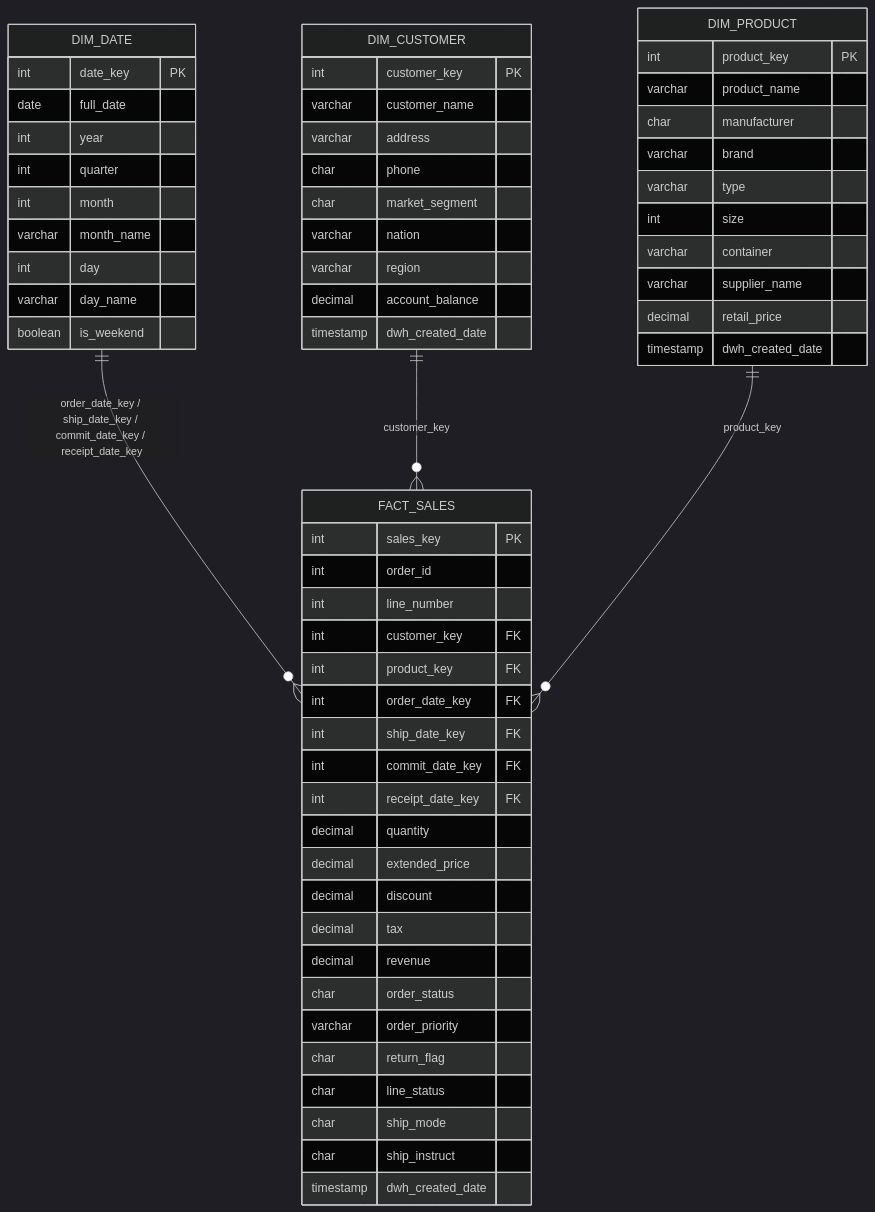
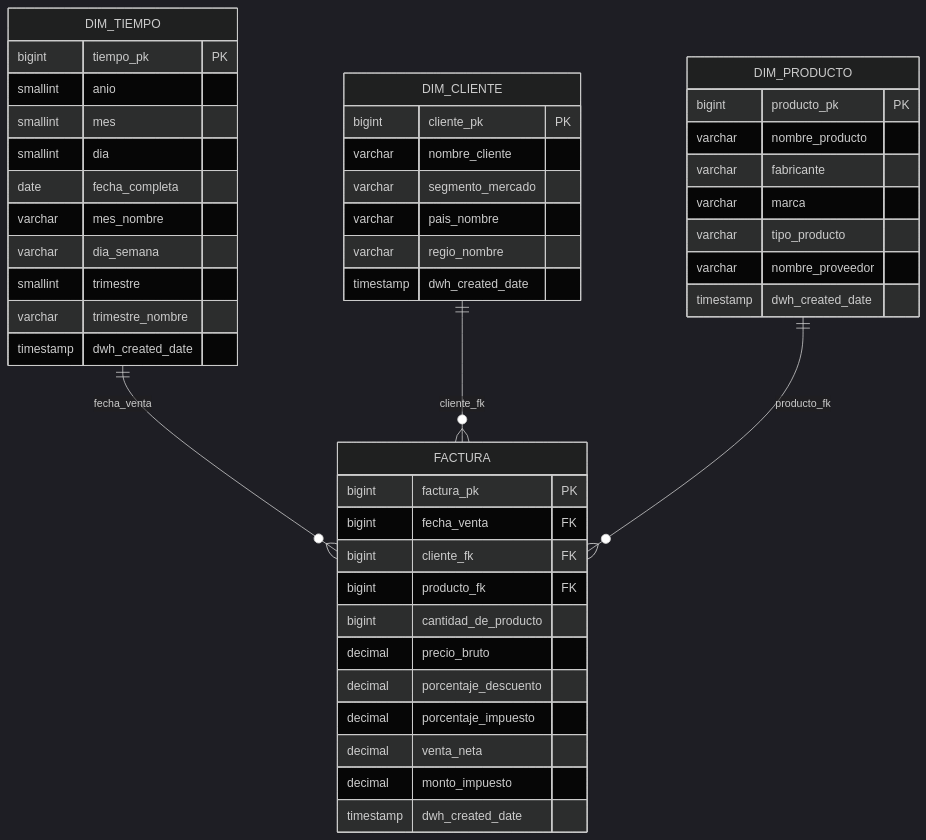
One commit to CaletOrtiz/sql-datawarehouse-project changed the diagram in docs/erd_oro.md. Above: the diagram before and after it, drawn with Mermaid (dark theme). The commit also changed other lines of this file and 5 other files, not shown here.

Commit message:
Rename ORO star schema to dim_tiempo, dim_cliente, dim_producto and factura per professor feedback

````diff
--- a/docs/erd_oro.md
+++ b/docs/erd_oro.md
@@ -3,64 +3,49 @@
 ```mermaid
 erDiagram
-    DIM_DATE ||--o{ FACT_SALES : "order_date_key / ship_date_key / commit_date_key / receipt_date_key"
-    DIM_CUSTOMER ||--o{ FACT_SALES : "customer_key"
-    DIM_PRODUCT ||--o{ FACT_SALES : "product_key"
+    DIM_TIEMPO ||--o{ FACTURA : "fecha_venta"
+    DIM_CLIENTE ||--o{ FACTURA : "cliente_fk"
+    DIM_PRODUCTO ||--o{ FACTURA : "producto_fk"
 
-    FACT_SALES {
-        int sales_key PK
-        int order_id
-        int line_number
-        int customer_key FK
-        int product_key FK
-        int order_date_key FK
-        int ship_date_key FK
-        int commit_date_key FK
-        int receipt_date_key FK
-        decimal quantity
-        decimal extended_price
-        decimal discount
-        decimal tax
-        decimal revenue
-        char order_status
-        varchar order_priority
-        char return_flag
-        char line_status
-        char ship_mode
-        char ship_instruct
+    FACTURA {
+        bigint factura_pk PK
+        bigint fecha_venta FK
+        bigint cliente_fk FK
+        bigint producto_fk FK
+        bigint cantidad_de_producto
+        decimal precio_bruto
+        decimal porcentaje_descuento
+        decimal porcentaje_impuesto
+        decimal venta_neta
+        decimal monto_impuesto
         timestamp dwh_created_date
     }
-    DIM_DATE {
-        int date_key PK
-        date full_date
-        int year
-        int quarter
-        int month
-        varchar month_name
-        int day
-        varchar day_name
-        boolean is_weekend
-    }
-    DIM_CUSTOMER {
-        int customer_key PK
-        varchar customer_name
-        varchar address
-        char phone
-        char market_segment
-        varchar nation
-        varchar region
-        decimal account_balance
+    DIM_TIEMPO {
+        bigint tiempo_pk PK
+        smallint anio
+        smallint mes
+        smallint dia
+        date fecha_completa
+        varchar mes_nombre
+        varchar dia_semana
+        smallint trimestre
+        varchar trimestre_nombre
         timestamp dwh_created_date
     }
-    DIM_PRODUCT {
-        int product_key PK
-        varchar product_name
-        char manufacturer
-        varchar brand
-        varchar type
-        int size
-        varchar container
-        varchar supplier_name
-        decimal retail_price
+    DIM_CLIENTE {
+        bigint cliente_pk PK
+        varchar nombre_cliente
+        varchar segmento_mercado
+        varchar pais_nombre
+        varchar regio_nombre
+        timestamp dwh_created_date
+    }
+    DIM_PRODUCTO {
+        bigint producto_pk PK
+        varchar nombre_producto
+        varchar fabricante
+        varchar marca
+        varchar tipo_producto
+        varchar nombre_proveedor
         timestamp dwh_created_date
     }
 ```
````
